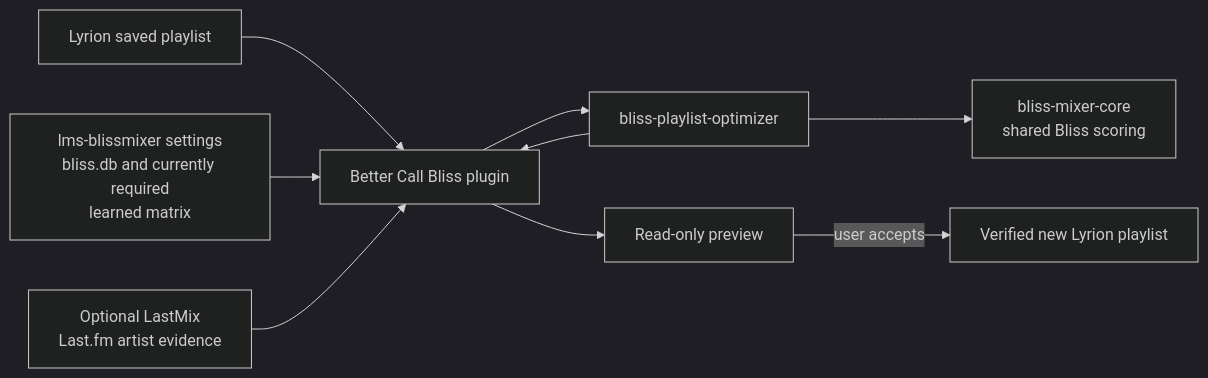
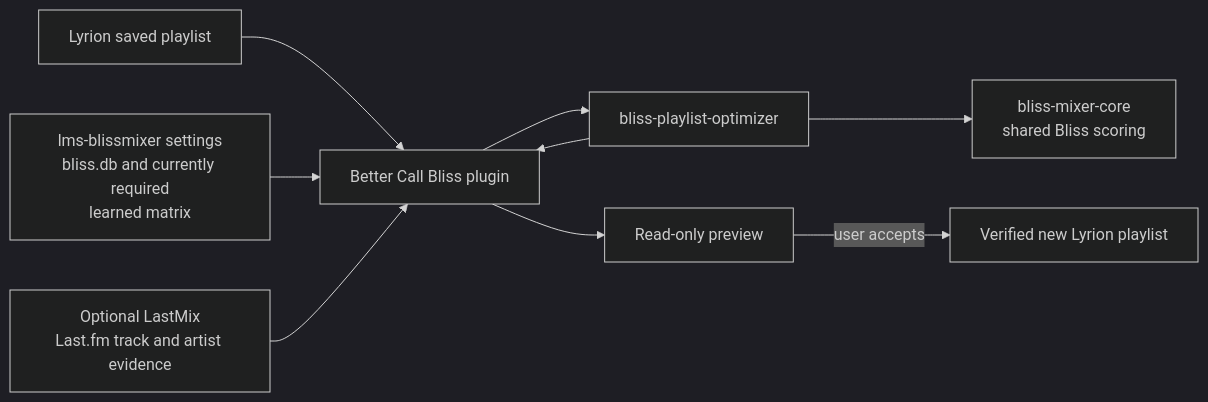
One commit to chrober/lms-better-call-bliss changed the diagram in README.md. Above: the diagram before and after it, drawn with Mermaid (dark theme). The commit also changed other lines of this file and 18 other files, not shown here.

Commit message:
feat: add Last.fm track and artist guidance

```diff
--- a/README.md
+++ b/README.md
@@ -76,11 +76,11 @@
 ~~~mermaid
 flowchart LR
     LMS["Lyrion saved playlist"] --> P["Better Call Bliss plugin"]
     BM["lms-blissmixer settings<br/>bliss.db and currently required<br/>learned matrix"] --> P
-    LM["Optional LastMix<br/>Last.fm artist evidence"] --> P
+    LM["Optional LastMix<br/>Last.fm track and artist evidence"] --> P
     P --> O["bliss-playlist-optimizer"]
     O --> C["bliss-mixer-core<br/>shared Bliss scoring"]
     O --> P
     P --> V["Read-only preview"]
     V -->|"user accepts"| N["Verified new Lyrion playlist"]
 ~~~
```
